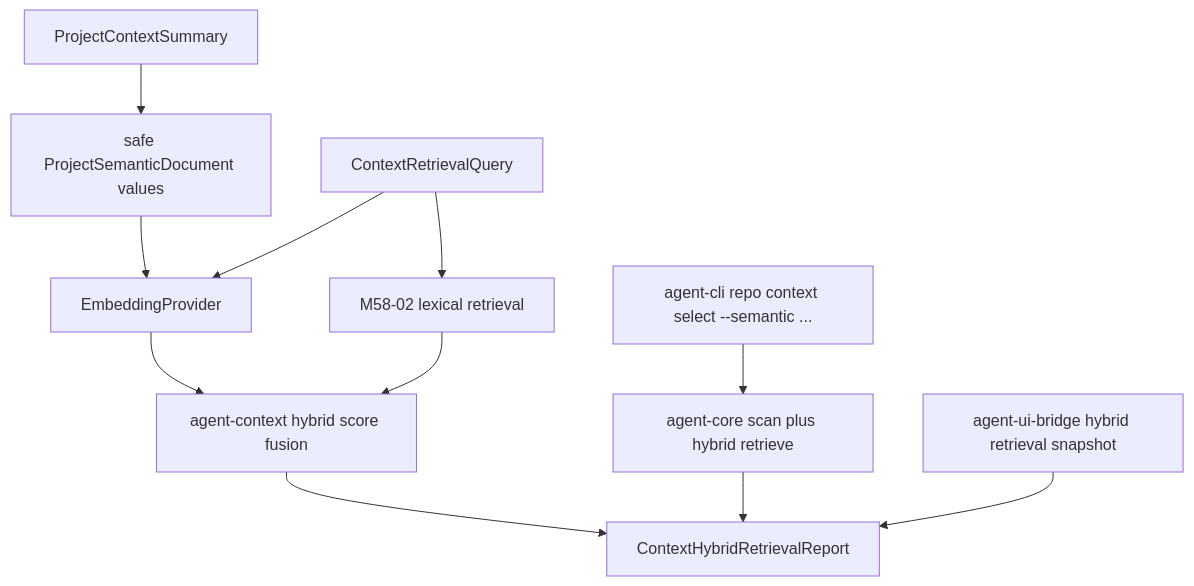
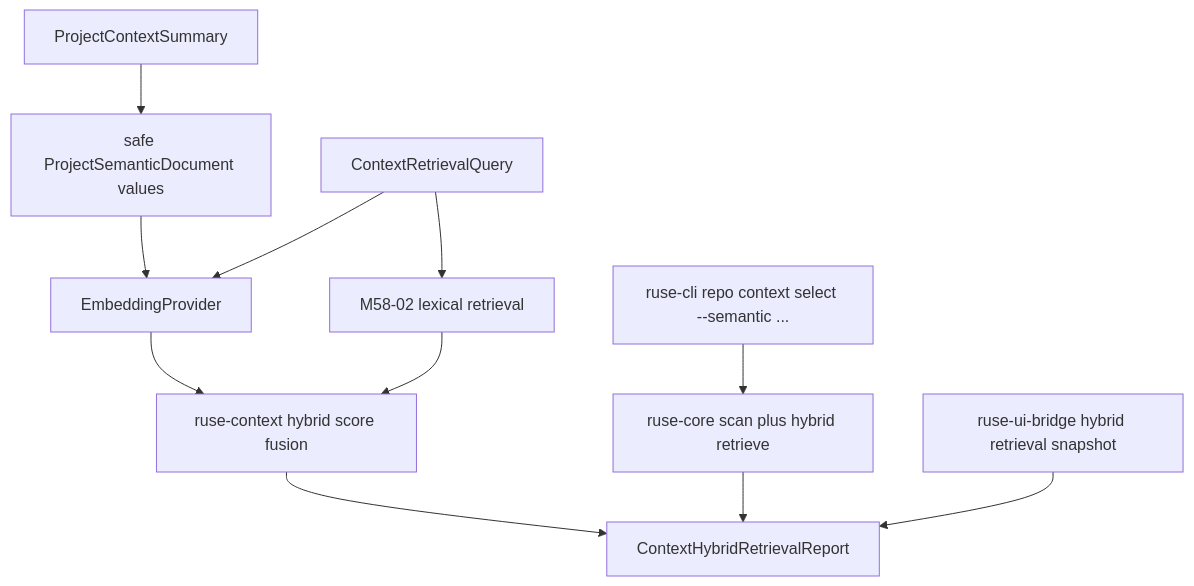
Before and after one commit to poneding/agent: the diagram in docs/specs/M58-03-semantic-hybrid-search.spec.md, drawn with Mermaid. The commit also changed other lines of this file and 2091 other files, not shown here.

First line of the commit message:
refactor: rename agent branding to ruse

````diff
--- a/docs/specs/M58-03-semantic-hybrid-search.spec.md
+++ b/docs/specs/M58-03-semantic-hybrid-search.spec.md
@@ -36,13 +36,13 @@
 ```mermaid
 flowchart TD
   Summary["ProjectContextSummary"] --> Docs["safe ProjectSemanticDocument values"]
   Task["ContextRetrievalQuery"] --> Lexical["M58-02 lexical retrieval"]
   Task --> Embed["EmbeddingProvider"]
   Docs --> Embed
-  Embed --> Hybrid["agent-context hybrid score fusion"]
+  Embed --> Hybrid["ruse-context hybrid score fusion"]
   Lexical --> Hybrid
   Hybrid --> Report["ContextHybridRetrievalReport"]
-  Core["agent-core scan plus hybrid retrieve"] --> Report
-  CLI["agent-cli repo context select --semantic ..."] --> Core
-  Bridge["agent-ui-bridge hybrid retrieval snapshot"] --> Report
+  Core["ruse-core scan plus hybrid retrieve"] --> Report
+  CLI["ruse-cli repo context select --semantic ..."] --> Core
+  Bridge["ruse-ui-bridge hybrid retrieval snapshot"] --> Report
 ```
````
